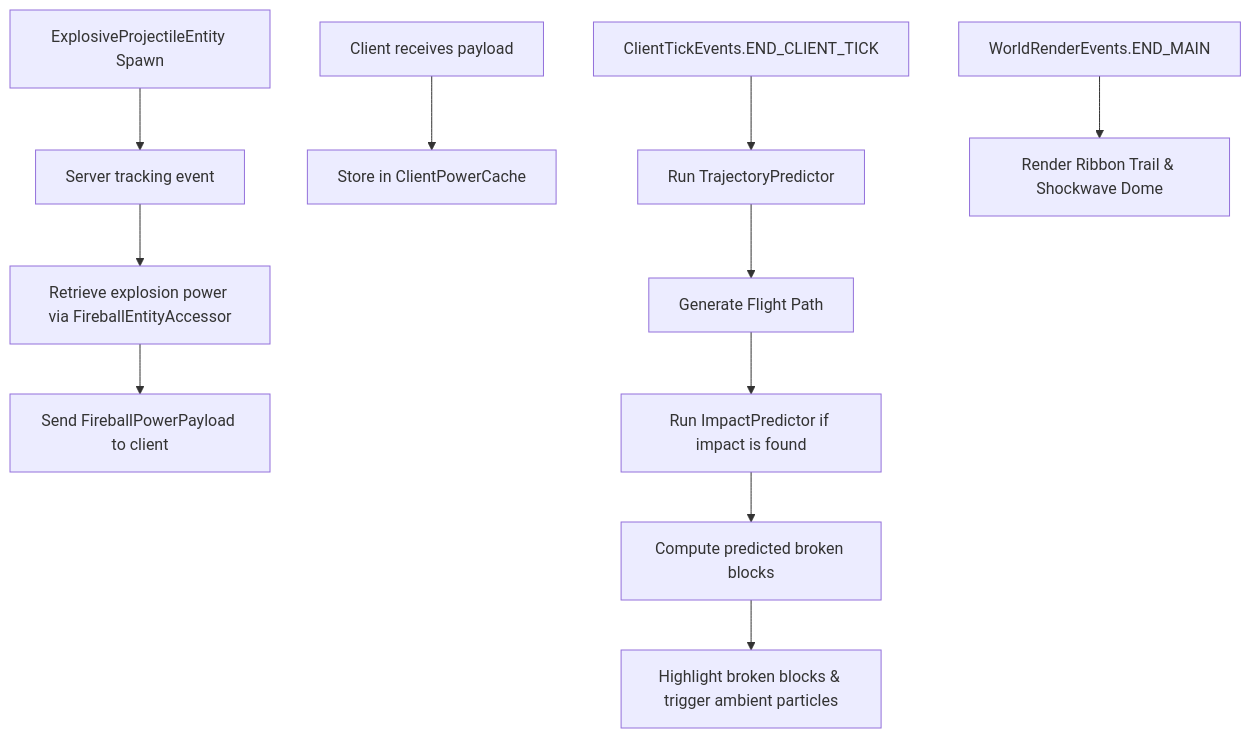
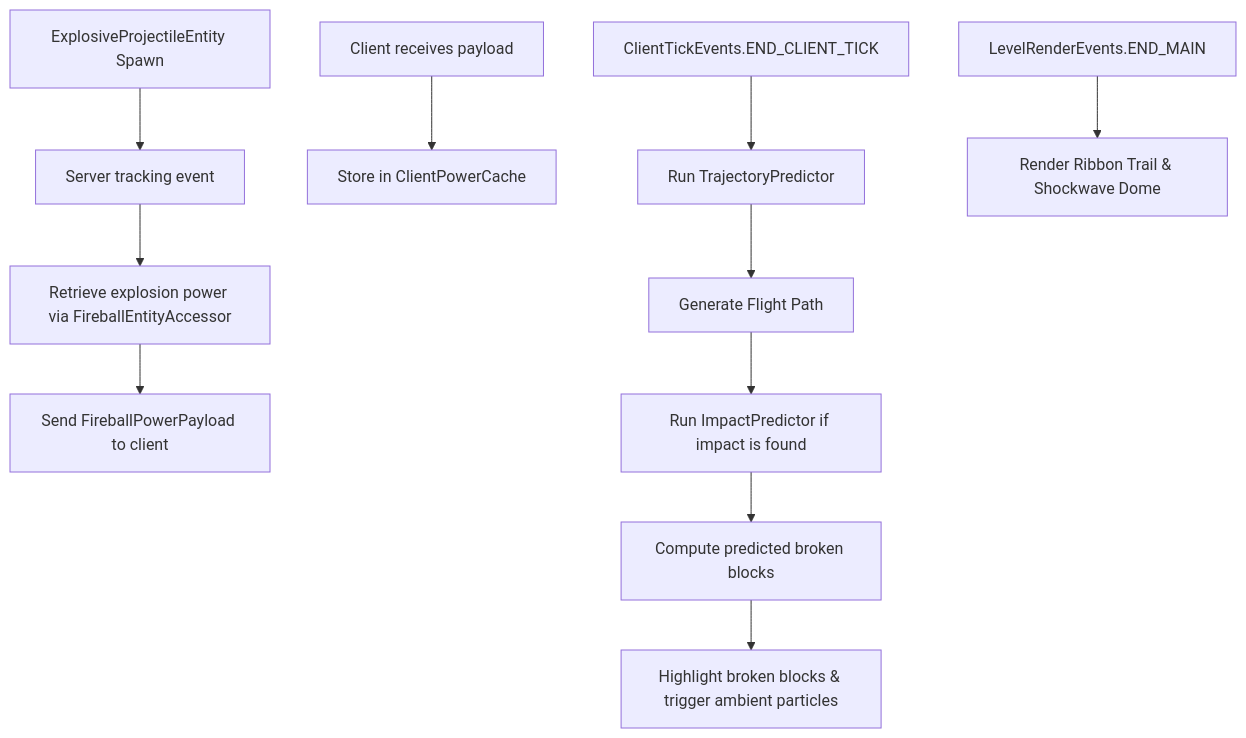
The diagram in agent.md (IsAvaible/FireballPredictor), drawn with Mermaid before and after one commit. The commit also changed other lines of this file and 24 other files, not shown here.

````diff
--- a/agent.md
+++ b/agent.md
@@ -11,13 +11,13 @@
 ```mermaid
 graph TD
     A[ExplosiveProjectileEntity Spawn] --> B[Server tracking event]
     B --> C[Retrieve explosion power via FireballEntityAccessor]
     C --> D[Send FireballPowerPayload to client]
     E[Client receives payload] --> F[Store in ClientPowerCache]
     G[ClientTickEvents.END_CLIENT_TICK] --> H[Run TrajectoryPredictor]
     H --> I[Generate Flight Path]
     I --> J[Run ImpactPredictor if impact is found]
     J --> K[Compute predicted broken blocks]
     K --> L[Highlight broken blocks & trigger ambient particles]
-    M[WorldRenderEvents.END_MAIN] --> N[Render Ribbon Trail & Shockwave Dome]
+    M[LevelRenderEvents.END_MAIN] --> N[Render Ribbon Trail & Shockwave Dome]
 ```
````
